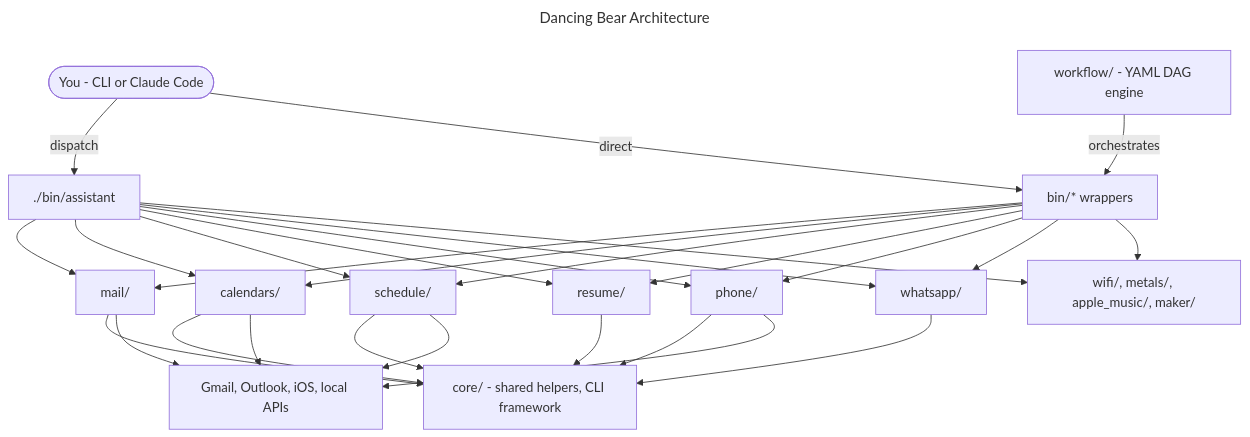
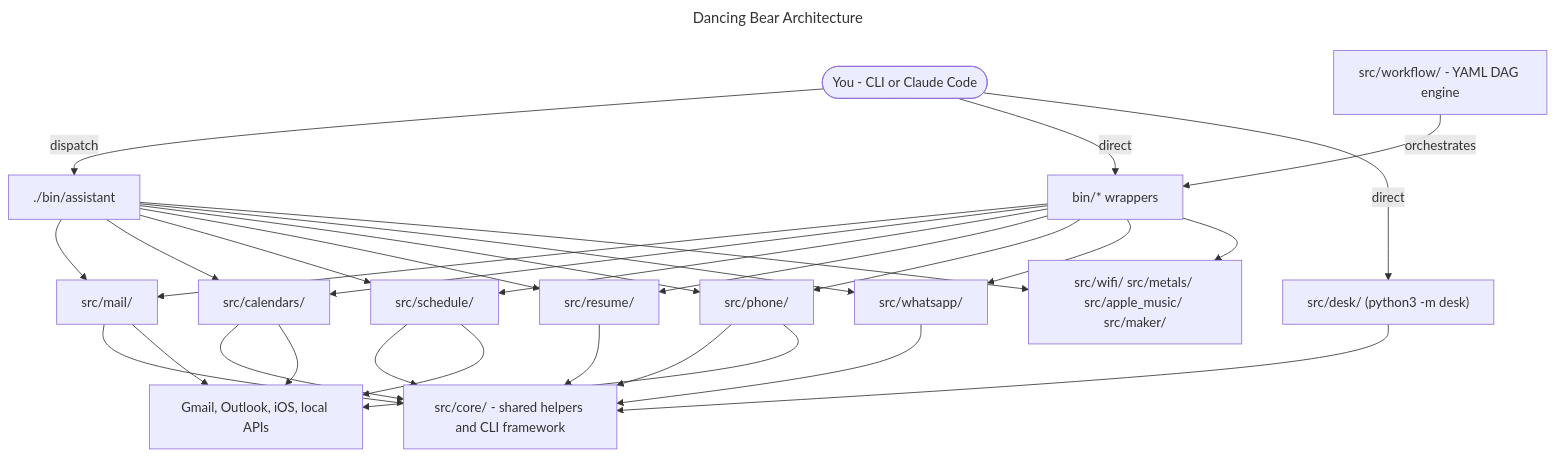
One commit to dancing-bear-show/dancing-bear changed the first of 2 diagrams in README.md. Above: the diagram before and after it, drawn with Mermaid. The commit also changed 16 other files, not shown here.

First line of the commit message:
docs: add mermaid architecture diagrams across domain READMEs

````diff
--- a/README.md
+++ b/README.md
@@ -69,46 +69,49 @@
 ```mermaid
 ---
 title: Dancing Bear Architecture
 ---
 flowchart TB
     user([You - CLI or Claude Code])
     assistant[./bin/assistant]
     bins[bin/* wrappers]
-    mail[mail/]
-    calendars[calendars/]
-    schedule[schedule/]
-    resume[resume/]
-    phone[phone/]
-    whatsapp[whatsapp/]
-    other[wifi/, metals/, apple_music/, maker/]
-    core[core/ - shared helpers, CLI framework]
-    workflow[workflow/ - YAML DAG engine]
+    mail[src/mail/]
+    calendars[src/calendars/]
+    schedule[src/schedule/]
+    resume[src/resume/]
+    phone[src/phone/]
+    whatsapp[src/whatsapp/]
+    other["src/wifi/ src/metals/ src/apple_music/ src/maker/"]
+    desk["src/desk/ (python3 -m desk)"]
+    core[src/core/ - shared helpers and CLI framework]
+    workflow[src/workflow/ - YAML DAG engine]
     providers[Gmail, Outlook, iOS, local APIs]
     user -->|dispatch| assistant
     user -->|direct| bins
+    user -->|direct| desk
     assistant --> mail
     assistant --> calendars
     assistant --> schedule
     assistant --> resume
     assistant --> phone
     assistant --> whatsapp
     assistant --> other
     bins --> mail
     bins --> calendars
     bins --> schedule
     bins --> resume
     bins --> phone
     bins --> whatsapp
     bins --> other
     mail --> core
     calendars --> core
     schedule --> core
     resume --> core
     phone --> core
     whatsapp --> core
+    desk --> core
     mail --> providers
     calendars --> providers
     schedule --> providers
     phone --> providers
     workflow -->|orchestrates| bins
 ```
````
